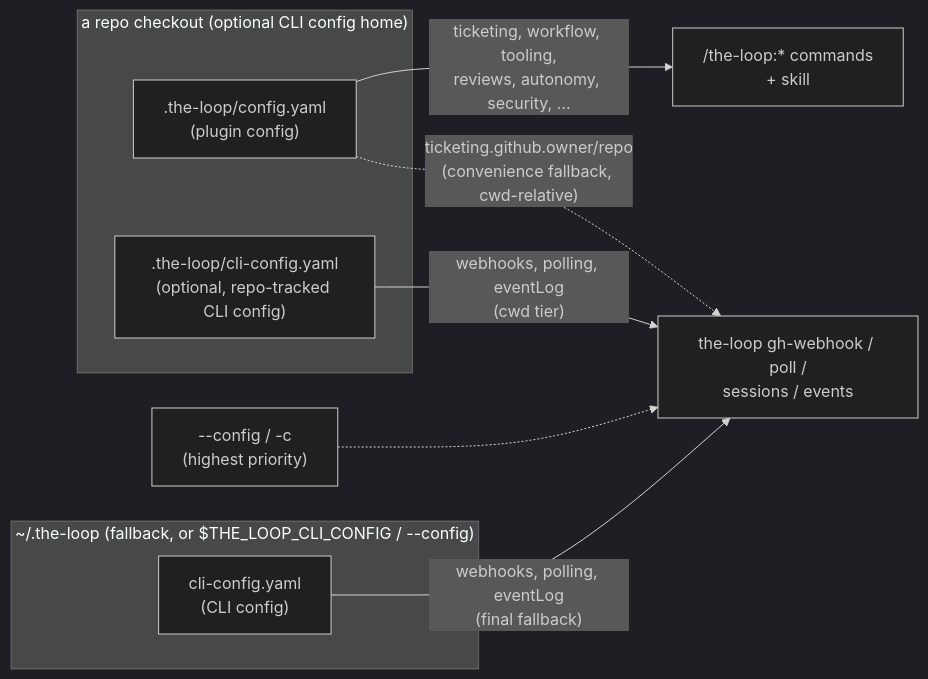
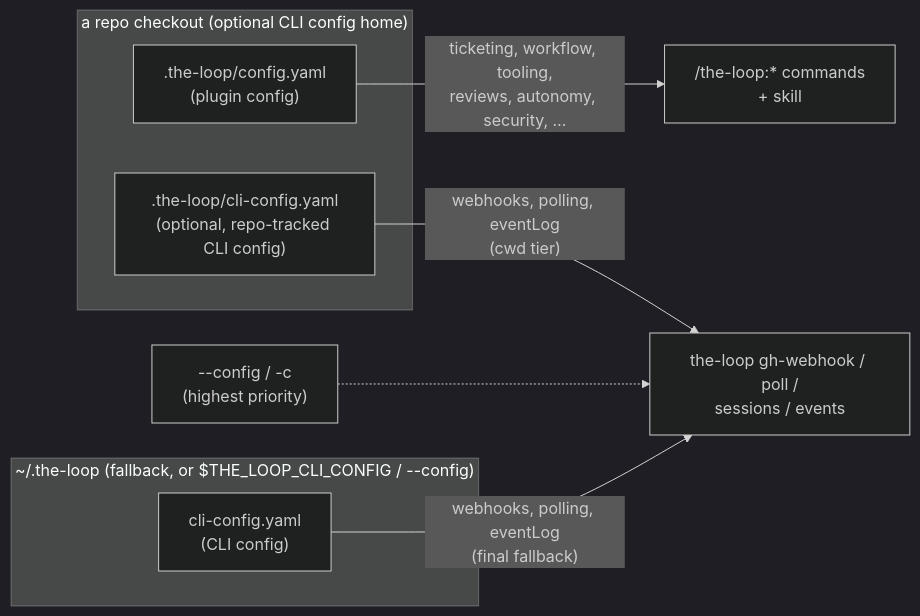
The diagram in docs/specs/issue-63/design.md (MadaraUchiha-314/the-loop), drawn with Mermaid (dark theme) before and after one commit. The commit also changed other lines of this file and 17 other files, not shown here.

First line of the commit message:
fix(config): remove plugin-config fallback from the CLI daemon (PR #69 review)

````diff
--- a/docs/specs/issue-63/design.md
+++ b/docs/specs/issue-63/design.md
@@ -36,15 +36,14 @@
 ```mermaid
 flowchart LR
     subgraph repo ["a repo checkout (optional CLI config home)"]
         PC[".the-loop/config.yaml\n(plugin config)"]
         RC[".the-loop/cli-config.yaml\n(optional, repo-tracked CLI config)"]
     end
     subgraph home ["~/.the-loop (fallback, or $THE_LOOP_CLI_CONFIG / --config)"]
         CC["cli-config.yaml\n(CLI config)"]
     end
     CLIFLAG["--config / -c\n(highest priority)"] -.-> CLI
     PC -->|"ticketing, workflow, tooling,\nreviews, autonomy, security, …"| SKILL["/the-loop:* commands\n+ skill"]
     RC -->|"webhooks, polling, eventLog\n(cwd tier)"| CLI["the-loop gh-webhook / poll /\nsessions / events"]
     CC -->|"webhooks, polling, eventLog\n(final fallback)"| CLI
-    PC -.->|"ticketing.github.owner/repo\n(convenience fallback, cwd-relative)"| CLI
 ```
````
